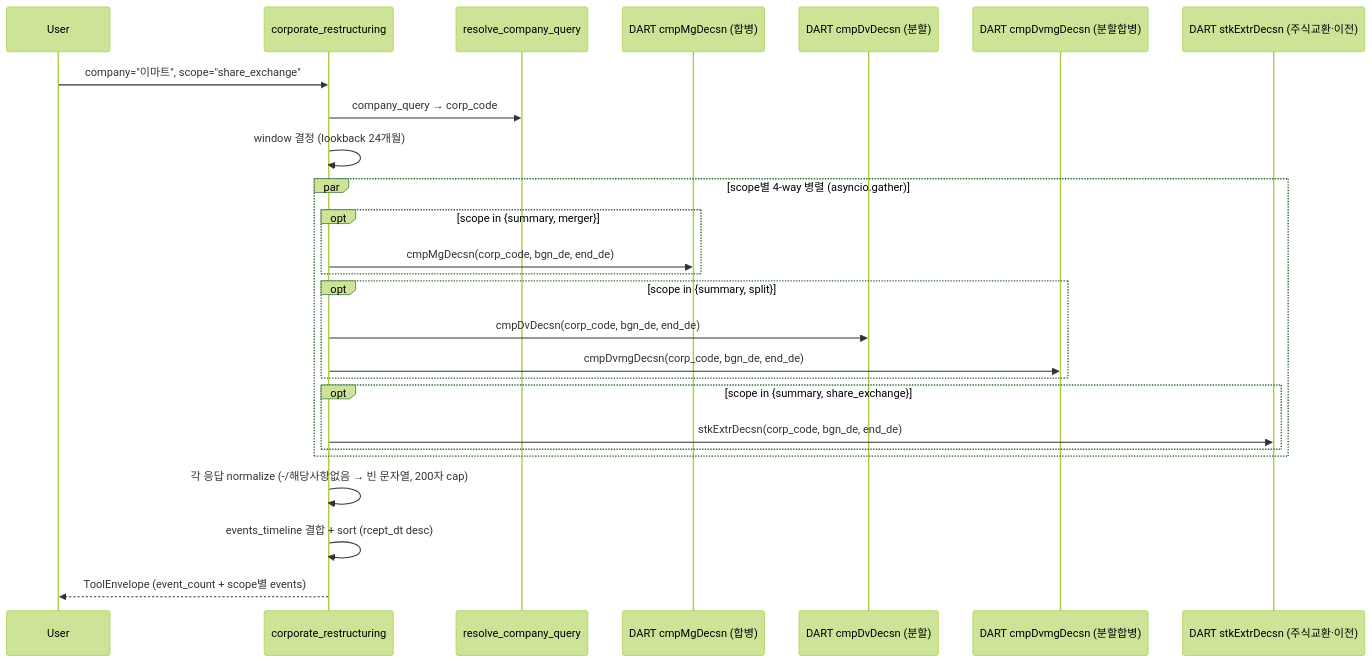
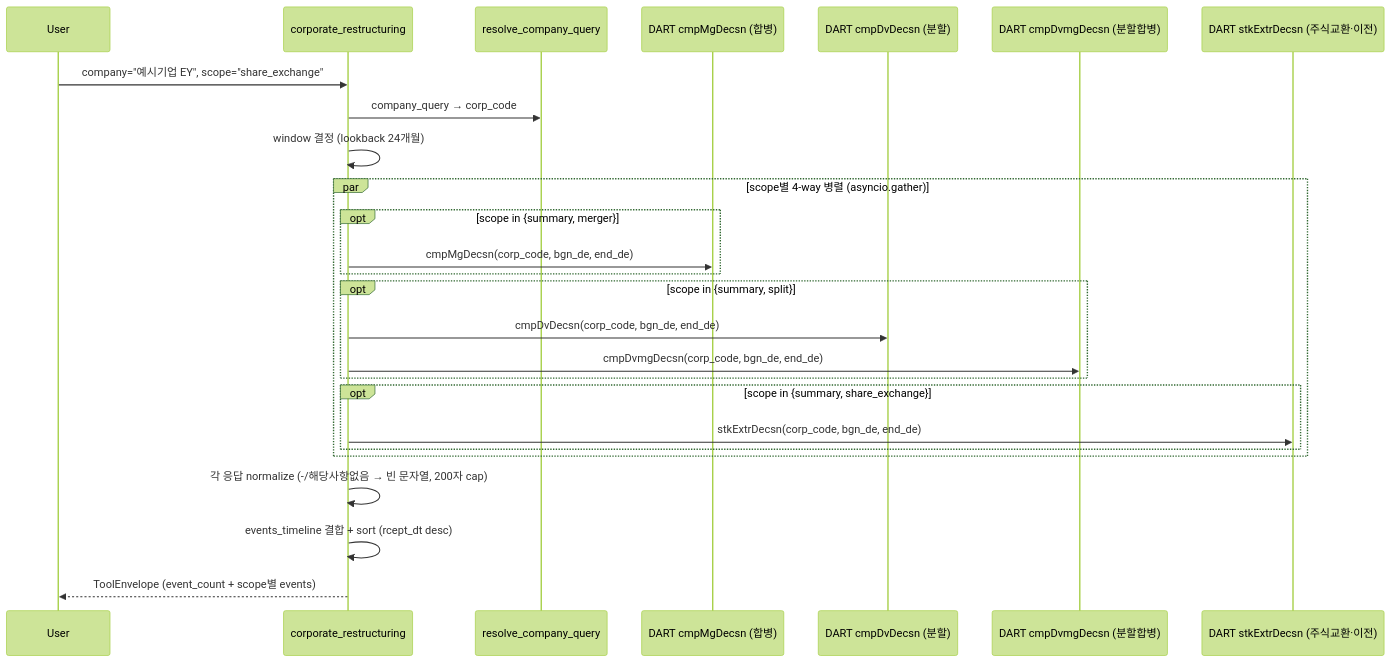
The diagram in wiki/tools/corporate_restructuring.md (MarcoYou/open-proxy-mcp), drawn with Mermaid (forest theme) before and after one commit. The commit also changed other lines of this file and 156 other files, not shown here.

````diff
--- a/wiki/tools/corporate_restructuring.md
+++ b/wiki/tools/corporate_restructuring.md
@@ -87,28 +89,28 @@
 ```mermaid
 sequenceDiagram
     participant U as User
     participant T as corporate_restructuring
     participant R as resolve_company_query
     participant M as DART cmpMgDecsn (합병)
     participant D as DART cmpDvDecsn (분할)
     participant DM as DART cmpDvmgDecsn (분할합병)
     participant SE as DART stkExtrDecsn (주식교환·이전)
-    U->>T: company="이마트", scope="share_exchange"
+    U->>T: company="예시기업 EY", scope="share_exchange"
     T->>R: company_query → corp_code
     T->>T: window 결정 (lookback 24개월)
     par scope별 4-way 병렬 (asyncio.gather)
         opt scope in {summary, merger}
             T->>M: cmpMgDecsn(corp_code, bgn_de, end_de)
         end
         opt scope in {summary, split}
             T->>D: cmpDvDecsn(corp_code, bgn_de, end_de)
             T->>DM: cmpDvmgDecsn(corp_code, bgn_de, end_de)
         end
         opt scope in {summary, share_exchange}
             T->>SE: stkExtrDecsn(corp_code, bgn_de, end_de)
         end
     end
     T->>T: 각 응답 normalize (-/해당사항없음 → 빈 문자열, 200자 cap)
     T->>T: events_timeline 결합 + sort (rcept_dt desc)
     T-->>U: ToolEnvelope (event_count + scope별 events)
 ```
````
